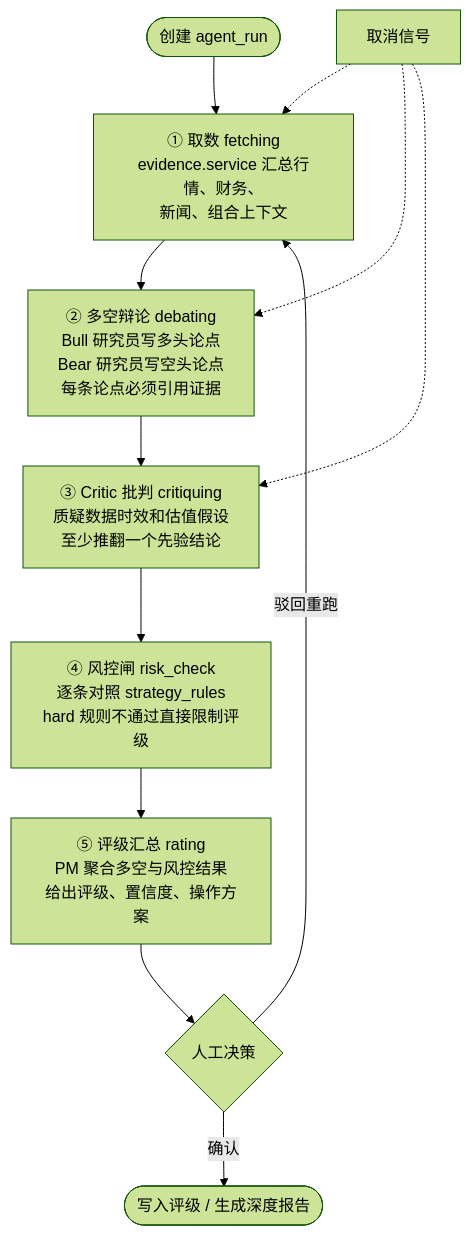
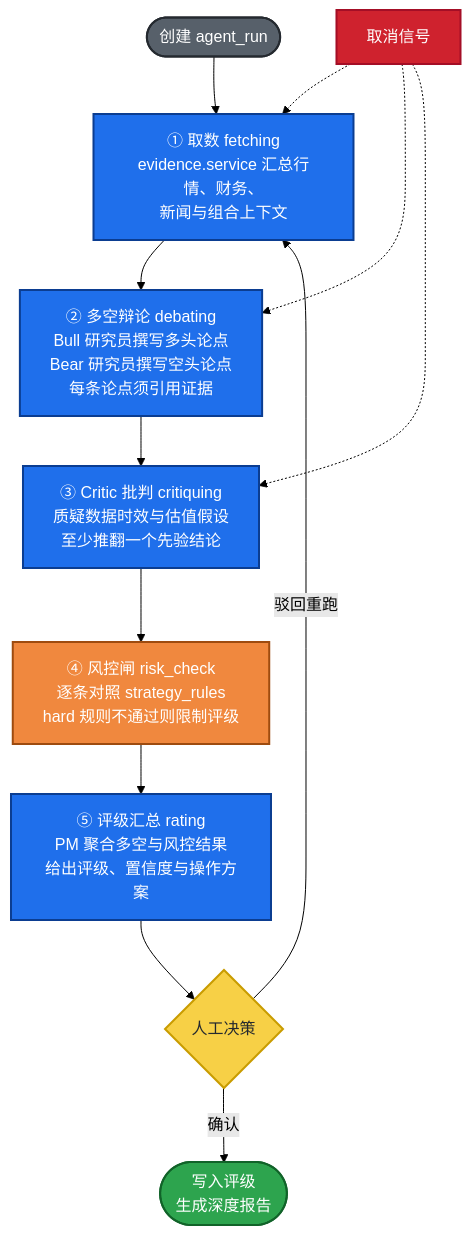
The third of 3 diagrams in README.zh-CN.md (Lueyu/daily-portfolio-analysis), drawn with Mermaid (forest theme) before and after one commit. The commit also changed other lines of this file and 1 other file, not shown here.

Commit message:
docs: align Chinese and English README, formal tone, colorful architecture diagrams

````diff
--- a/README.zh-CN.md
+++ b/README.zh-CN.md
@@ -105,15 +101,27 @@
 ```mermaid
 flowchart TB
-    Start(["创建 agent_run"]) --> F["① 取数 fetching<br/>evidence.service 汇总行情、财务、<br/>新闻、组合上下文"]
-    F --> D["② 多空辩论 debating<br/>Bull 研究员写多头论点<br/>Bear 研究员写空头论点<br/>每条论点必须引用证据"]
-    D --> CR["③ Critic 批判 critiquing<br/>质疑数据时效和估值假设<br/>至少推翻一个先验结论"]
-    CR --> RG["④ 风控闸 risk_check<br/>逐条对照 strategy_rules<br/>hard 规则不通过直接限制评级"]
-    RG --> R["⑤ 评级汇总 rating<br/>PM 聚合多空与风控结果<br/>给出评级、置信度、操作方案"]
-    R --> H{人工决策}
-    H -->|"确认"| Done(["写入评级 / 生成深度报告"])
+    Start(["创建 agent_run"]):::start
+    F["① 取数 fetching<br/>evidence.service 汇总行情、财务、<br/>新闻与组合上下文"]:::phase
+    D["② 多空辩论 debating<br/>Bull 研究员撰写多头论点<br/>Bear 研究员撰写空头论点<br/>每条论点须引用证据"]:::phase
+    CR["③ Critic 批判 critiquing<br/>质疑数据时效与估值假设<br/>至少推翻一个先验结论"]:::phase
+    RG["④ 风控闸 risk_check<br/>逐条对照 strategy_rules<br/>hard 规则不通过则限制评级"]:::gate
+    R["⑤ 评级汇总 rating<br/>PM 聚合多空与风控结果<br/>给出评级、置信度与操作方案"]:::phase
+    H{"人工决策"}:::decision
+    Done(["写入评级<br/>生成深度报告"]):::done
+
+    Start --> F --> D --> CR --> RG --> R --> H
+    H -->|"确认"| Done
     H -->|"驳回重跑"| F
 
-    Cancel["取消信号"] -.-> F
+    Cancel["取消信号"]:::cancel
+    Cancel -.-> F
     Cancel -.-> D
     Cancel -.-> CR
+
+    classDef start fill:#57606a,stroke:#24292f,color:#ffffff,stroke-width:2px
+    classDef phase fill:#1f6feb,stroke:#0b3d91,color:#ffffff,stroke-width:2px
+    classDef gate fill:#f0883e,stroke:#9e4b0f,color:#ffffff,stroke-width:2px
+    classDef decision fill:#f7d046,stroke:#c99c00,color:#24292f,stroke-width:2px
+    classDef done fill:#2da44e,stroke:#116329,color:#ffffff,stroke-width:2px
+    classDef cancel fill:#cf222e,stroke:#a40e26,color:#ffffff,stroke-width:2px
 ```
````
